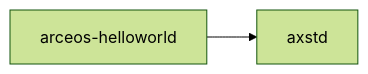
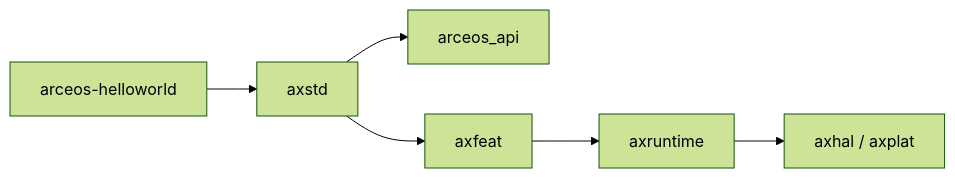
Before and after one commit to rcore-os/tgoskits: the second of 2 diagrams in docs/crates/arceos-helloworld.md, drawn with Mermaid (forest theme). The commit also changed other lines of this file and 99 other files, not shown here.

````diff
--- a/docs/crates/arceos-helloworld.md
+++ b/docs/crates/arceos-helloworld.md
@@ -32,5 +77,8 @@
 ```mermaid
 graph LR
-    current["arceos-helloworld"]
-    current --> axstd["axstd"]
+    app["arceos-helloworld"] --> axstd["axstd"]
+    axstd --> arceos_api["arceos_api"]
+    axstd --> axfeat["axfeat"]
+    axfeat --> axruntime["axruntime"]
+    axruntime --> axhal["axhal / axplat"]
 ```
````
